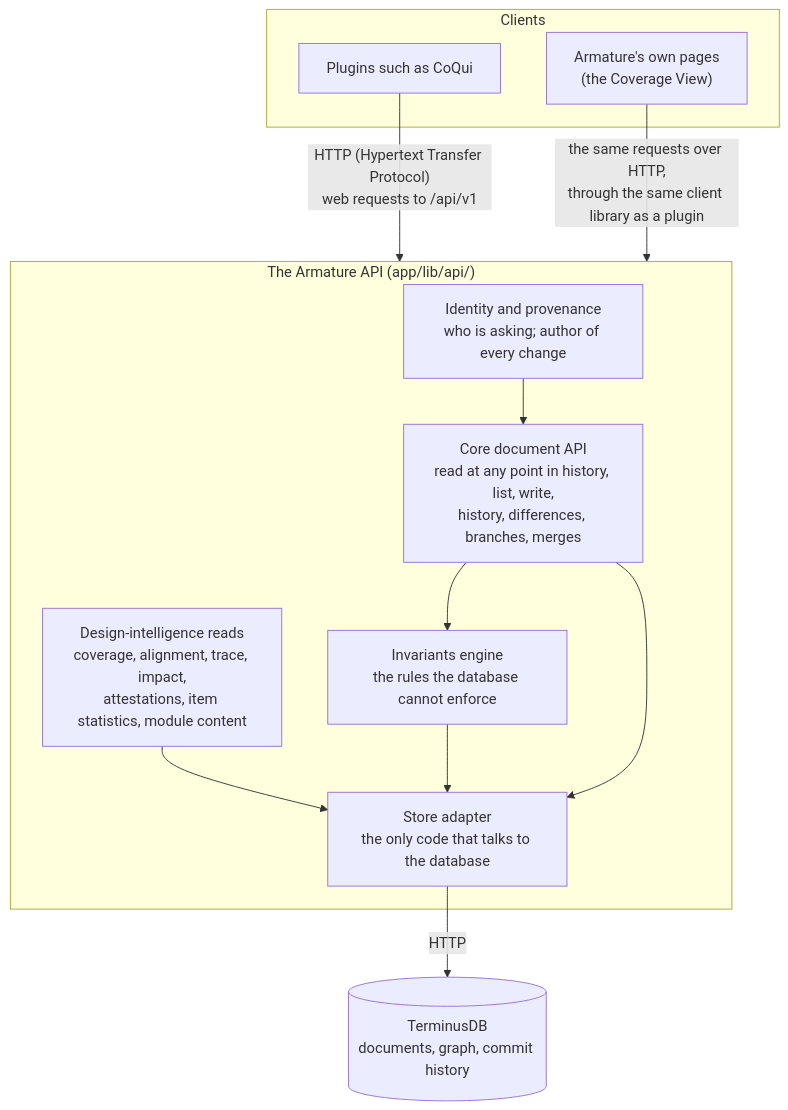
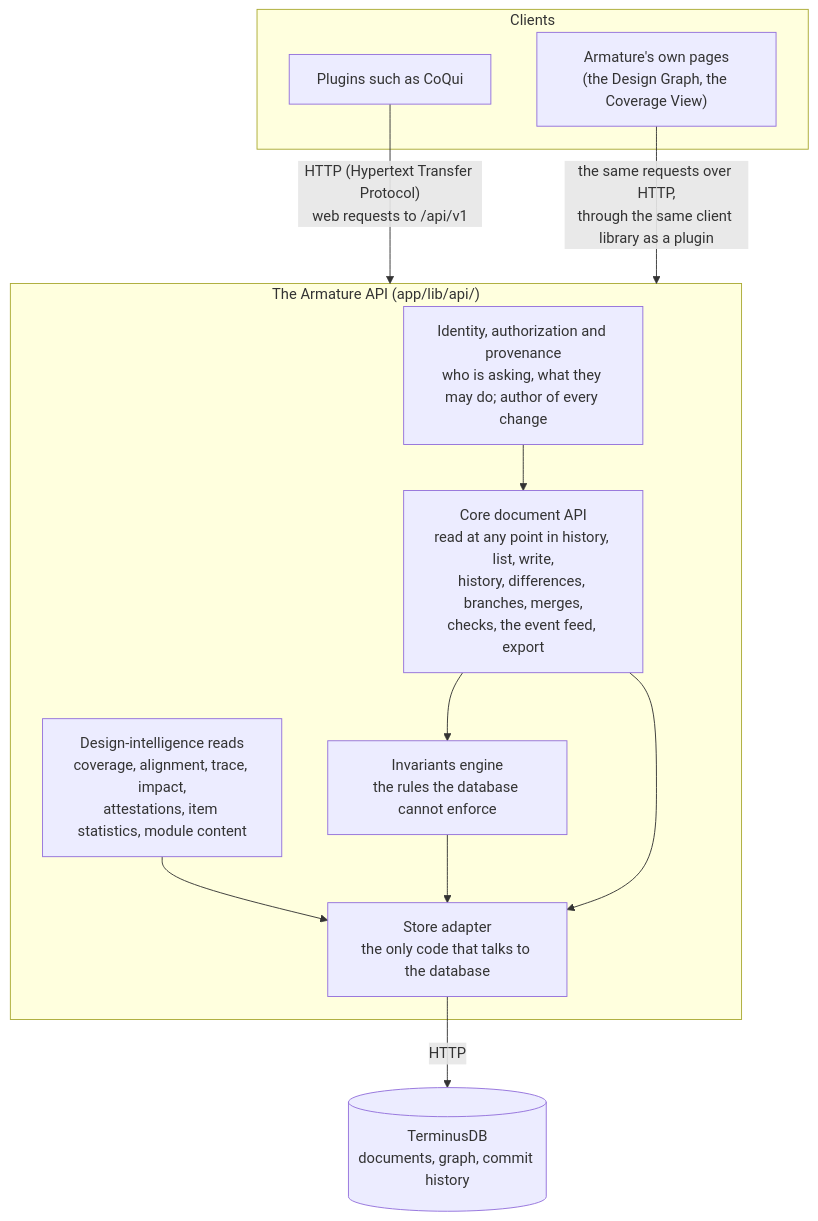
The second of 3 diagrams in docs/how-armature-works.md (mossglenn/armature), drawn with Mermaid before and after one commit. The commit also changed other lines of this file, not shown here.

````diff
--- a/docs/how-armature-works.md
+++ b/docs/how-armature-works.md
@@ -310,23 +310,23 @@
 ```mermaid
 flowchart TB
   subgraph Clients["Clients"]
     P["Plugins such as CoQui"]
-    V["Armature's own pages<br/>(the Coverage View)"]
+    V["Armature's own pages<br/>(the Design Graph, the Coverage View)"]
   end
   subgraph Hub["The Armature API (app/lib/api/)"]
-    I["Identity and provenance<br/>who is asking; author of every change"]
-    D["Core document API<br/>read at any point in history, list, write,<br/>history, differences, branches, merges"]
+    I["Identity, authorization and provenance<br/>who is asking, what they may do; author of every change"]
+    D["Core document API<br/>read at any point in history, list, write,<br/>history, differences, branches, merges,<br/>checks, the event feed, export"]
     R["Invariants engine<br/>the rules the database cannot enforce"]
     G["Design-intelligence reads<br/>coverage, alignment, trace, impact,<br/>attestations, item statistics, module content"]
     S["Store adapter<br/>the only code that talks to the database"]
   end
   DB[("TerminusDB<br/>documents, graph, commit history")]
   P -- "HTTP (Hypertext Transfer Protocol)<br/>web requests to /api/v1" --> Hub
   V -- "the same requests over HTTP,<br/>through the same client library as a plugin" --> Hub
   I --> D
   D --> R
   G --> S
   R --> S
   D --> S
   S -- "HTTP" --> DB
 ```
````
